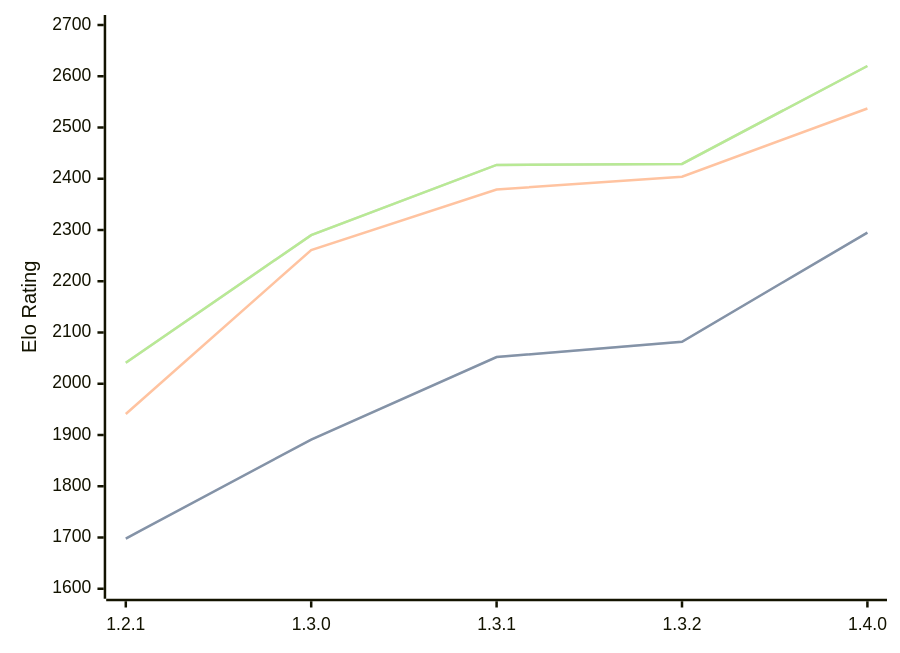
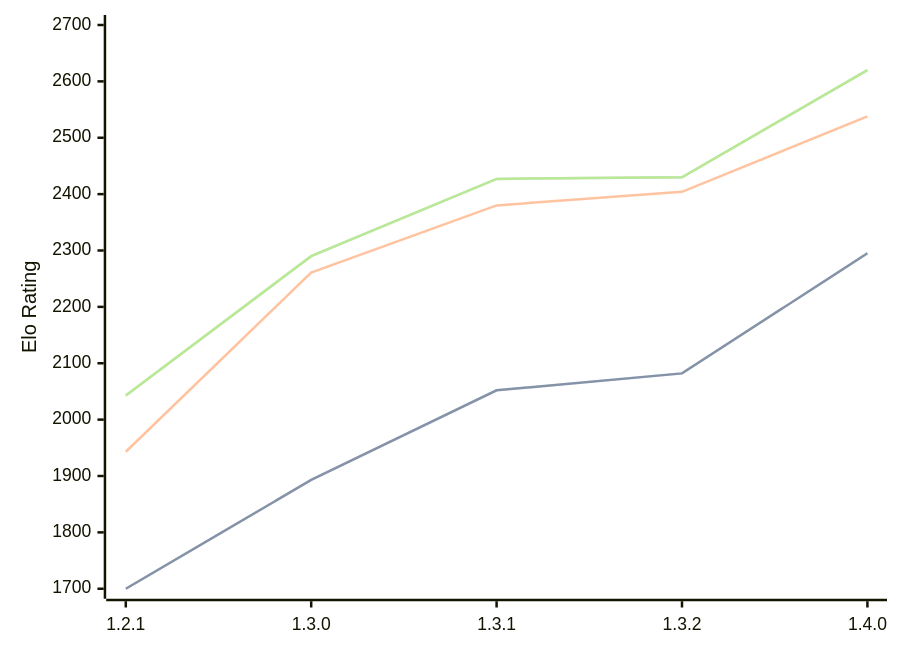
Before and after one commit to computer-chess-index/cci: the diagram in engines/Chal.md, drawn with Mermaid. The commit also changed other lines of this file, not shown here.

Commit message:
Update CCI Ratings (ELO VLTC) - 2026-04-19

````diff
--- a/engines/Chal.md
+++ b/engines/Chal.md
@@ -38,11 +38,11 @@
 ```mermaid
 %%{init: {"theme":"base","themeVariables":{"seriesColors:['#a3a3a3','#222221','#faa371']}}}%%
 xychart-beta
   x-axis ["1.2.1", "1.3.0", "1.3.1", "1.3.2", "1.4.0"]
-  y-axis "Elo Rating" 1600 --> 2700
-  line "STC (8.0+0.08s)" [1698, 1891, 2052, 2082, 2295]
-  line "STC (8.0+0.08s)" [1698, 1891, 2052, 2082, 2295]
-  line "LTC (60.0+0.60s)" [1941, 2261, 2379, 2404, 2537]
-  line "VLTC (2m24s+1.12s)" [2041, 2290, 2427, 2429, 2620]
-  line "VLTC (2m24s+1.12s)" [2041, 2290, 2427, 2429, 2620]
+  y-axis "Elo Rating" 1700 --> 2700
+  line "STC (8.0+0.08s)" [1700, 1893, 2052, 2082, 2295]
+  line "STC (8.0+0.08s)" [1700, 1893, 2052, 2082, 2295]
+  line "LTC (60.0+0.60s)" [1943, 2261, 2380, 2404, 2538]
+  line "VLTC (2m24s+1.12s)" [2043, 2290, 2427, 2430, 2620]
+  line "VLTC (2m24s+1.12s)" [2043, 2290, 2427, 2430, 2620]
 ```
````
